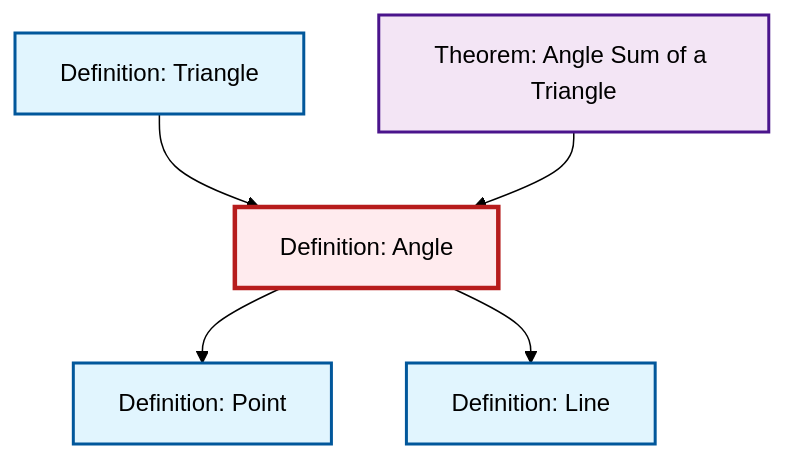
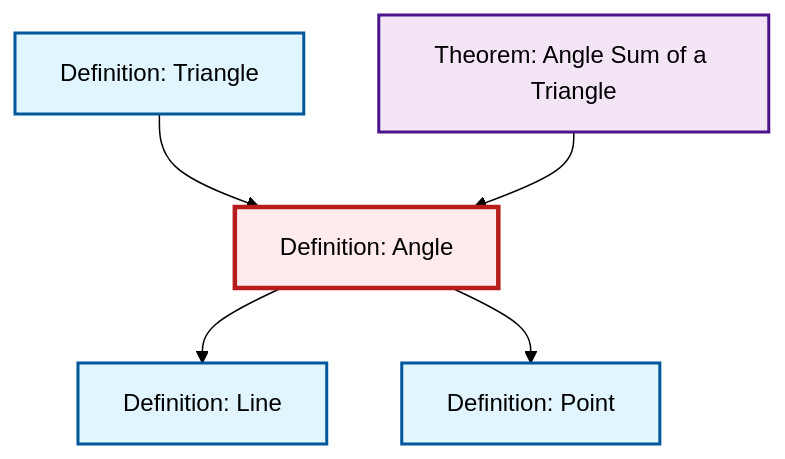
Before and after one commit to RK0429/ModernMath: the diagram in content/en/geometry/def-angle.qmd, drawn with Mermaid (forest theme). The commit also changed other lines of this file and 1069 other files, not shown here.

````diff
--- a/content/en/geometry/def-angle.qmd
+++ b/content/en/geometry/def-angle.qmd
@@ -49,23 +49,23 @@
 ```{mermaid}
 %%| fig-cap: "Local dependency graph"
 graph TD
     classDef definition fill:#e1f5fe,stroke:#01579b,stroke-width:2px
     classDef theorem fill:#f3e5f5,stroke:#4a148c,stroke-width:2px
     classDef axiom fill:#fff3e0,stroke:#e65100,stroke-width:2px
     classDef example fill:#e8f5e9,stroke:#1b5e20,stroke-width:2px
     classDef current fill:#ffebee,stroke:#b71c1c,stroke-width:3px
     def-line["Definition: Line"]:::definition
+    def-triangle["Definition: Triangle"]:::definition
     def-point["Definition: Point"]:::definition
-    def-triangle["Definition: Triangle"]:::definition
+    def-angle["Definition: Angle"]:::definition
     thm-angle-sum-triangle["Theorem: Angle Sum of a Triangle"]:::theorem
-    def-angle["Definition: Angle"]:::definition
-    def-angle --> def-point
     def-angle --> def-line
     def-triangle --> def-angle
     thm-angle-sum-triangle --> def-angle
+    def-angle --> def-point
     class def-angle current
     click def-line "def-line.html" "Go to Line definition"
+    click def-triangle "def-triangle.html" "Go to Triangle definition"
     click def-point "def-point.html" "Go to Point definition"
-    click def-triangle "def-triangle.html" "Go to Triangle definition"
     click thm-angle-sum-triangle "thm-angle-sum-triangle.html" "Go to Angle Sum of a Triangle theorem"
 ```
````
